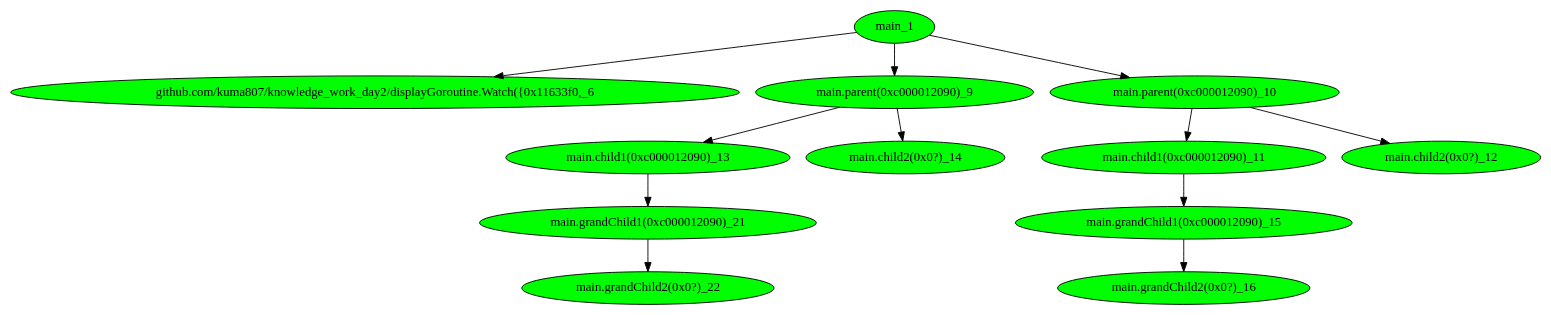
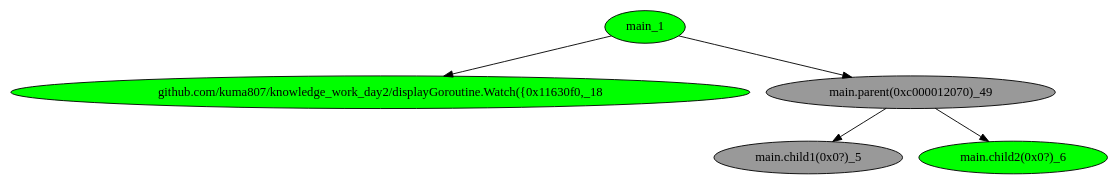
The diagram in main_testGoroutine/tree_4.dot (kuma807/knowledge_work_day2), drawn with Graphviz before and after one commit. The commit also changed 35 other files, not shown here.

```diff
--- a/main_testGoroutine/tree_4.dot
+++ b/main_testGoroutine/tree_4.dot
@@ -1,26 +1,12 @@
 digraph G {
-	"main_1"->"github.com/kuma807/knowledge_work_day2/displayGoroutine.Watch({0x11633f0,_6";
-	"main_1"->"main.parent(0xc000012090)_9";
-	"main_1"->"main.parent(0xc000012090)_10";
-	"main.parent(0xc000012090)_10"->"main.child1(0xc000012090)_11";
-	"main.parent(0xc000012090)_10"->"main.child2(0x0?)_12";
-	"main.parent(0xc000012090)_9"->"main.child1(0xc000012090)_13";
-	"main.parent(0xc000012090)_9"->"main.child2(0x0?)_14";
-	"main.child1(0xc000012090)_11"->"main.grandChild1(0xc000012090)_15";
-	"main.grandChild1(0xc000012090)_15"->"main.grandChild2(0x0?)_16";
-	"main.child1(0xc000012090)_13"->"main.grandChild1(0xc000012090)_21";
-	"main.grandChild1(0xc000012090)_21"->"main.grandChild2(0x0?)_22";
-	"github.com/kuma807/knowledge_work_day2/displayGoroutine.Watch({0x11633f0,_6" [ fillcolor="#00FF00", style="solid,filled" ];
-	"main.child1(0xc000012090)_11" [ fillcolor="#00FF00", style="solid,filled" ];
-	"main.child1(0xc000012090)_13" [ fillcolor="#00FF00", style="solid,filled" ];
-	"main.child2(0x0?)_12" [ fillcolor="#00FF00", style="solid,filled" ];
-	"main.child2(0x0?)_14" [ fillcolor="#00FF00", style="solid,filled" ];
-	"main.grandChild1(0xc000012090)_15" [ fillcolor="#00FF00", style="solid,filled" ];
-	"main.grandChild1(0xc000012090)_21" [ fillcolor="#00FF00", style="solid,filled" ];
-	"main.grandChild2(0x0?)_16" [ fillcolor="#00FF00", style="solid,filled" ];
-	"main.grandChild2(0x0?)_22" [ fillcolor="#00FF00", style="solid,filled" ];
-	"main.parent(0xc000012090)_10" [ fillcolor="#00FF00", style="solid,filled" ];
-	"main.parent(0xc000012090)_9" [ fillcolor="#00FF00", style="solid,filled" ];
+	"main_1"->"github.com/kuma807/knowledge_work_day2/displayGoroutine.Watch({0x11630f0,_18";
+	"main_1"->"main.parent(0xc000012070)_49";
+	"main.parent(0xc000012070)_49"->"main.child1(0x0?)_5";
+	"main.parent(0xc000012070)_49"->"main.child2(0x0?)_6";
+	"github.com/kuma807/knowledge_work_day2/displayGoroutine.Watch({0x11630f0,_18" [ fillcolor="#00FF00", style="solid,filled" ];
+	"main.child1(0x0?)_5" [ fillcolor="#999999", style="solid,filled" ];
+	"main.child2(0x0?)_6" [ fillcolor="#00FF00", style="solid,filled" ];
+	"main.parent(0xc000012070)_49" [ fillcolor="#999999", style="solid,filled" ];
 	"main_1" [ fillcolor="#00FF00", style="solid,filled" ];
 
 }
```
